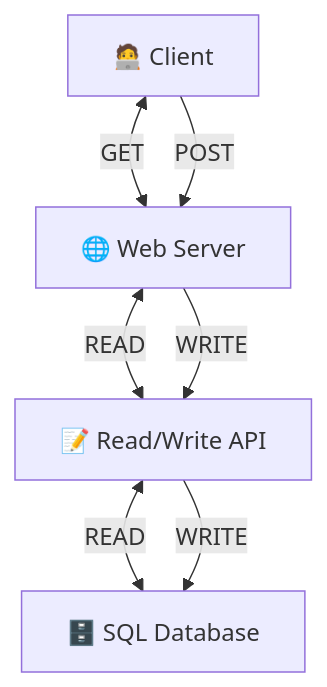
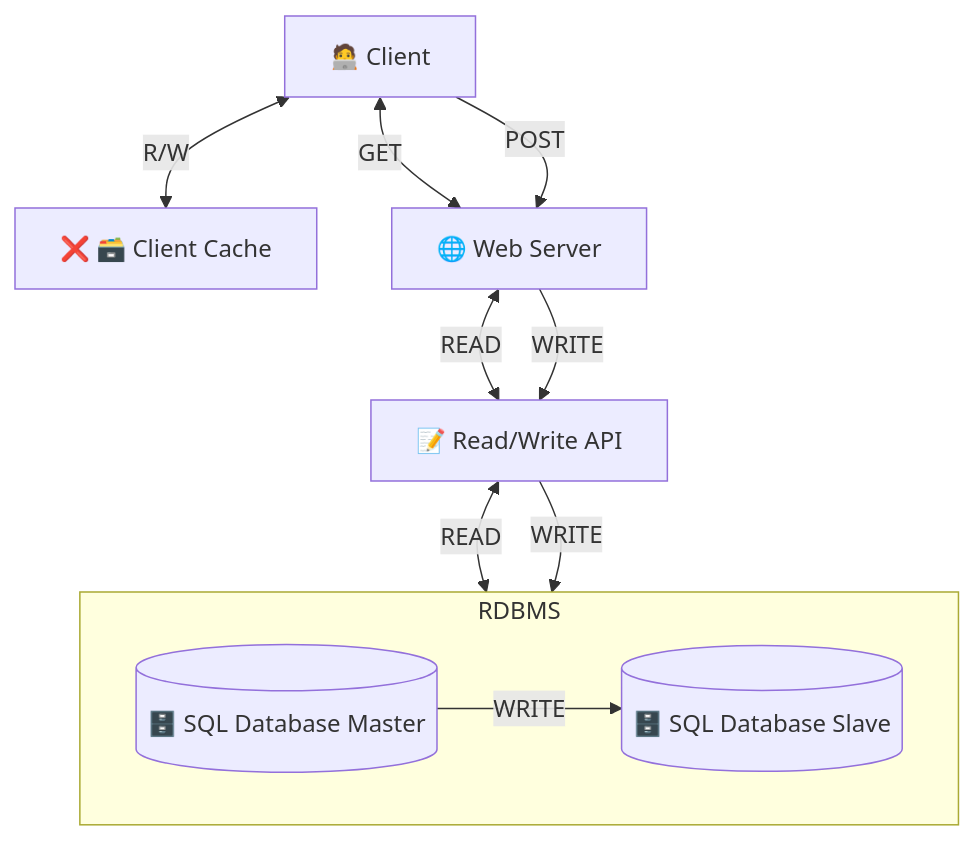
One commit to clockworkpc/simsite changed the eighth of 13 diagrams in mermaid_demo.md. Above: the diagram before and after it, drawn with Mermaid. The commit also changed other lines of this file, not shown here.

````diff
--- a/mermaid_demo.md
+++ b/mermaid_demo.md
@@ -119,13 +188,22 @@
 ```mermaid
 graph TD
     client[🧑‍💻 Client]
+    cache[❌ 🗃️ Client Cache]
     web[🌐 Web Server]
     client <-->|GET| web
     client -->|POST| web
+    client <-->|R/W| cache
+
     readwriteapi[📝 Read/Write API]
     web <-->|READ| readwriteapi
     web -->|WRITE| readwriteapi
-    sql[🗄️ SQL Database]
+
+    subgraph sql[ RDBMS]
+        sqlmaster[(🗄️ SQL Database Master)]
+        sqlslave[(🗄️ SQL Database Slave)]
+    end
+
     readwriteapi <-->|READ| sql
     readwriteapi -->|WRITE| sql
+    sqlmaster -->|WRITE| sqlslave
 ```
````
